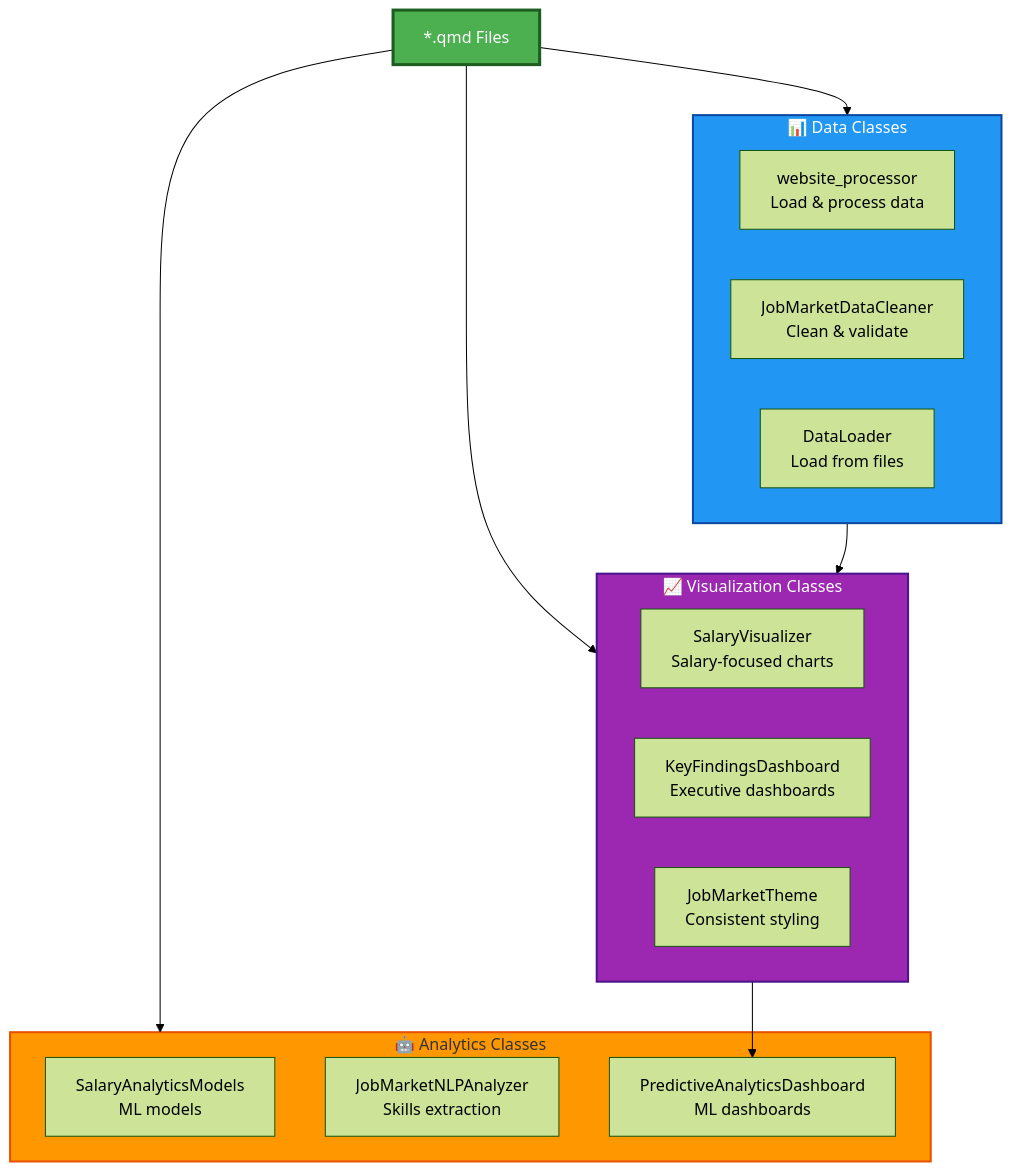
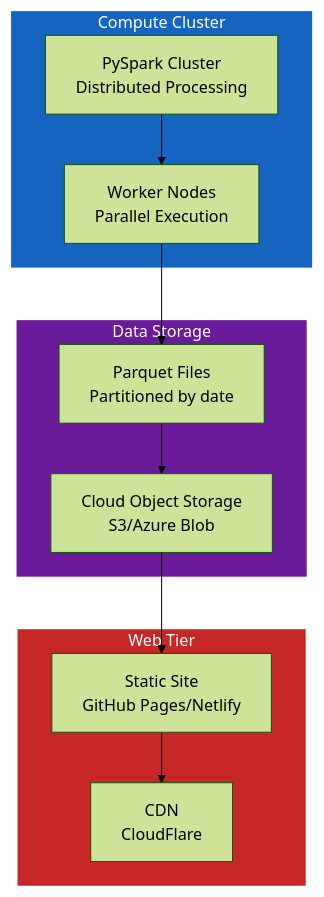
Diagram 11 of 11 in ARCHITECTURE.md (samarthya/ad688-scratch), drawn with Mermaid (forest theme) before and after one commit. The commit also changed other lines of this file and 5 other files, not shown here.

````diff
--- a/ARCHITECTURE.md
+++ b/ARCHITECTURE.md
@@ -770,32 +572,27 @@
 ```mermaid
 graph TB
-    subgraph DATA["📊 Data Classes"]
-        D1[website_processor<br/>Load & process data]
-        D2[JobMarketDataCleaner<br/>Clean & validate]
-        D3[DataLoader<br/>Load from files]
+    subgraph COMPUTE["Compute Cluster"]
+        SPARK_CLUSTER[PySpark Cluster<br/>Distributed Processing]
+        WORKERS[Worker Nodes<br/>Parallel Execution]
     end
 
-    subgraph VIZ["📈 Visualization Classes"]
-        V1[SalaryVisualizer<br/>Salary-focused charts]
-        V2[KeyFindingsDashboard<br/>Executive dashboards]
-        V3[JobMarketTheme<br/>Consistent styling]
+    subgraph STORAGE["Data Storage"]
+        S3[Cloud Object Storage<br/>S3/Azure Blob]
+        PARQUET_CLOUD[Parquet Files<br/>Partitioned by date]
     end
 
-    subgraph ANALYTICS["🤖 Analytics Classes"]
-        A1[SalaryAnalyticsModels<br/>ML models]
-        A2[JobMarketNLPAnalyzer<br/>Skills extraction]
-        A3[PredictiveAnalyticsDashboard<br/>ML dashboards]
+    subgraph WEB["Web Tier"]
+        STATIC[Static Site<br/>GitHub Pages/Netlify]
+        CDN[CDN<br/>CloudFlare]
     end
 
-    QMD[*.qmd Files] --> DATA
-    QMD --> VIZ
-    QMD --> ANALYTICS
+    SPARK_CLUSTER --> WORKERS
+    WORKERS --> PARQUET_CLOUD
+    PARQUET_CLOUD --> S3
+    S3 --> STATIC
+    STATIC --> CDN
 
-    DATA --> VIZ
-    VIZ --> A3
-
-    style QMD fill:#4caf50,stroke:#1b5e20,stroke-width:3px,color:#fff
-    style DATA fill:#2196f3,stroke:#0d47a1,stroke-width:2px,color:#fff
-    style VIZ fill:#9c27b0,stroke:#4a148c,stroke-width:2px,color:#fff
-    style ANALYTICS fill:#ff9800,stroke:#e65100,stroke-width:2px
+    style COMPUTE fill:#1565c0,stroke:#fff,color:#fff,stroke-width:2px
+    style STORAGE fill:#6a1b9a,stroke:#fff,color:#fff,stroke-width:2px
+    style WEB fill:#c62828,stroke:#fff,color:#fff,stroke-width:2px
 ```
````
